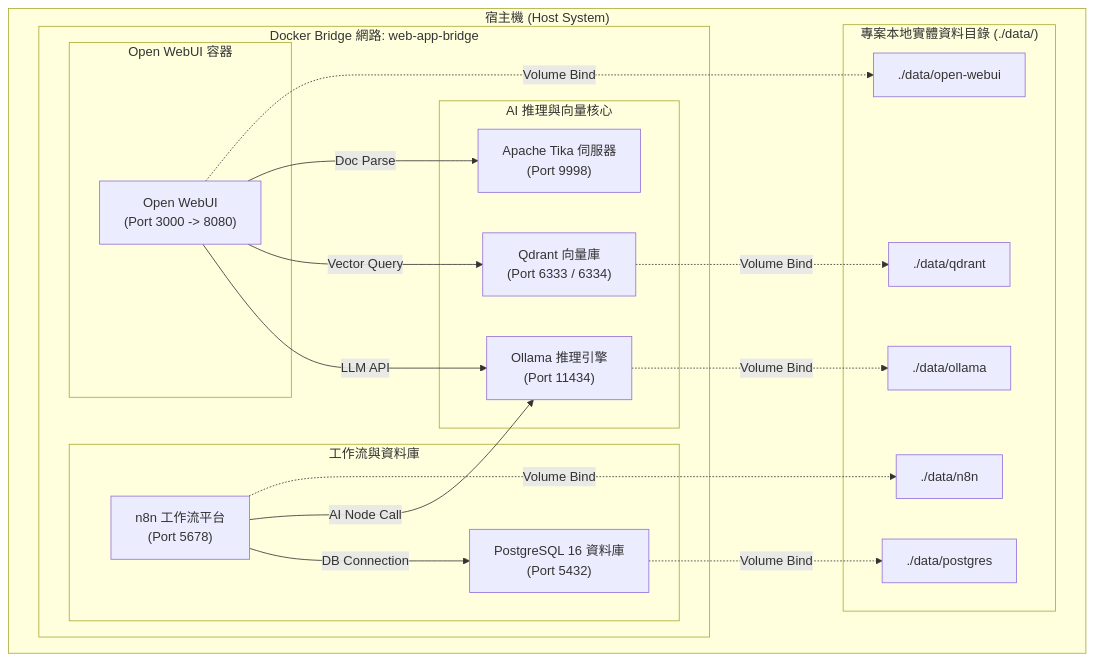
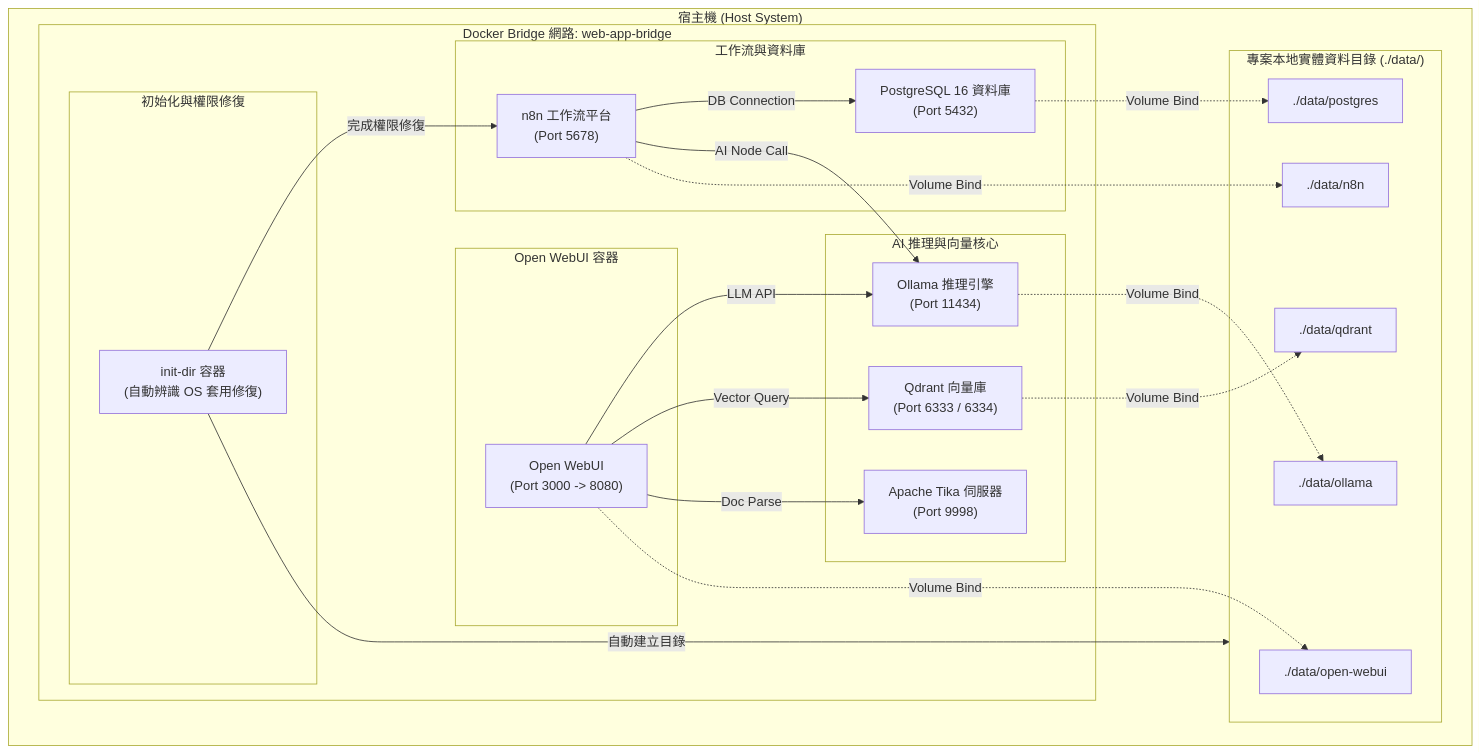
The first of 3 diagrams in README.md (dengkai-shih/ai-tools-compose), drawn with Mermaid before and after one commit. The commit also changed other lines of this file and 30 other files, not shown here.

Commit message:
2026-07-20 1. 修正 n8n權限問題 2. 自動初始化目錄與權限修復服務 (init-dir)，加入可自動判斷不同作業系統進行不同修復 3. 在不變更原檔案說明架構的基礎上，依據上述的對話內容與專案現況修改<reademe>、<task_log>、<skill>資訊

````diff
--- a/README.md
+++ b/README.md
@@ -28,46 +29,54 @@
 ```mermaid
 graph TD
     subgraph Host ["宿主機 (Host System)"]
         subgraph BridgeNet ["Docker Bridge 網路: web-app-bridge"]
             
+            subgraph Init_Container ["初始化與權限修復"]
+                InitDir["init-dir 容器<br/>(自動辨識 OS 套用修復)"]
+            end
+
             subgraph WebUI_Container ["Open WebUI 容器"]
                 OpenWebUI["Open WebUI<br/>(Port 3000 -> 8080)"]
             end
             
             subgraph AI_Core ["AI 推理與向量核心"]
                 Ollama["Ollama 推理引擎<br/>(Port 11434)"]
                 Qdrant["Qdrant 向量庫<br/>(Port 6333 / 6334)"]
                 Tika["Apache Tika 伺服器<br/>(Port 9998)"]
             end
             
             subgraph Automation_Stack ["工作流與資料庫"]
                 n8n["n8n 工作流平台<br/>(Port 5678)"]
                 Postgres["PostgreSQL 16 資料庫<br/>(Port 5432)"]
             end
             
         end
 
         subgraph LocalData ["專案本地實體資料目錄 (./data/)"]
             DataOllama["./data/ollama"]
             DataQdrant["./data/qdrant"]
             DataWebUI["./data/open-webui"]
             DataPostgres["./data/postgres"]
             DataN8n["./data/n8n"]
         end
     end
 
+    %% 初始化順序
+    InitDir -->|"完成權限修復"| n8n
+    InitDir -->|"自動建立目錄"| LocalData
+
     %% 連線關係
     OpenWebUI -->|"LLM API"| Ollama
     OpenWebUI -->|"Vector Query"| Qdrant
     OpenWebUI -->|"Doc Parse"| Tika
     
     n8n -->|"DB Connection"| Postgres
     n8n -->|"AI Node Call"| Ollama
 
     %% 資料掛載
     Ollama -.->|"Volume Bind"| DataOllama
     Qdrant -.->|"Volume Bind"| DataQdrant
     OpenWebUI -.->|"Volume Bind"| DataWebUI
     Postgres -.->|"Volume Bind"| DataPostgres
     n8n -.->|"Volume Bind"| DataN8n
 ```
````
